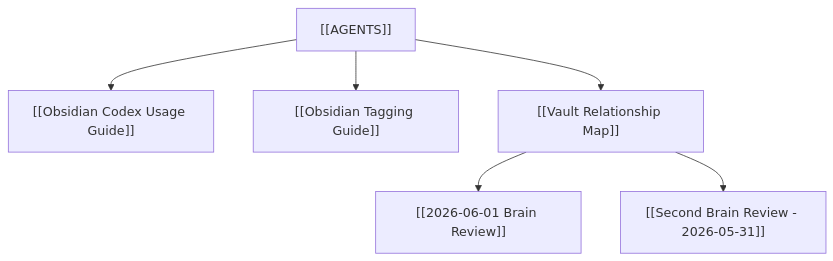
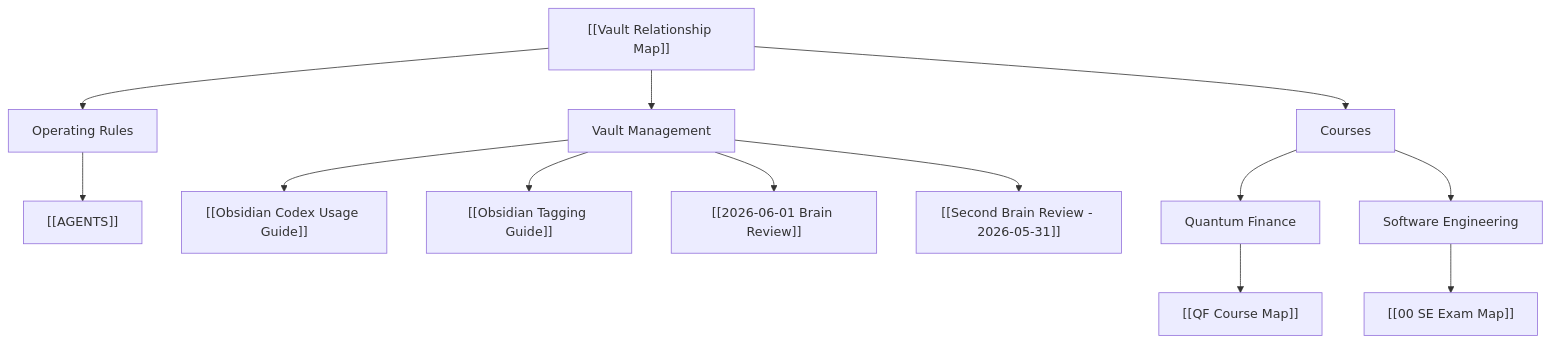
The diagram in Resources/Vault Management/Vault Relationship Map.md (computersniper/second-brain), drawn with Mermaid before and after one commit. The commit also changed other lines of this file and 1 other file, not shown here.

Commit message:
Make vault relationship map tree structured

````diff
--- a/Resources/Vault Management/Vault Relationship Map.md
+++ b/Resources/Vault Management/Vault Relationship Map.md
@@ -64,8 +51,19 @@
 ```mermaid
 flowchart TD
-    AGENTS["[[AGENTS]]"] --> Usage["[[Obsidian Codex Usage Guide]]"]
-    AGENTS --> Tags["[[Obsidian Tagging Guide]]"]
-    AGENTS --> Map["[[Vault Relationship Map]]"]
-    Map --> ReviewToday["[[2026-06-01 Brain Review]]"]
-    Map --> ReviewPrev["[[Second Brain Review - 2026-05-31]]"]
+    Root["[[Vault Relationship Map]]"]
+
+    Root --> Operating["Operating Rules"]
+    Operating --> AGENTS["[[AGENTS]]"]
+
+    Root --> Management["Vault Management"]
+    Management --> Usage["[[Obsidian Codex Usage Guide]]"]
+    Management --> Tags["[[Obsidian Tagging Guide]]"]
+    Management --> ReviewToday["[[2026-06-01 Brain Review]]"]
+    Management --> ReviewPrev["[[Second Brain Review - 2026-05-31]]"]
+
+    Root --> Courses["Courses"]
+    Courses --> QF["Quantum Finance"]
+    Courses --> SE["Software Engineering"]
+    QF --> QFMap["[[QF Course Map]]"]
+    SE --> SEMap["[[00 SE Exam Map]]"]
 ```
````
